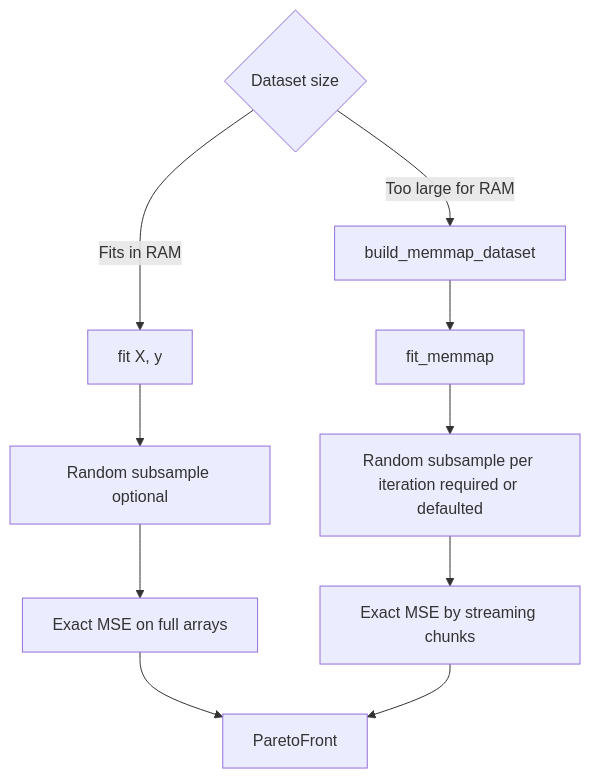
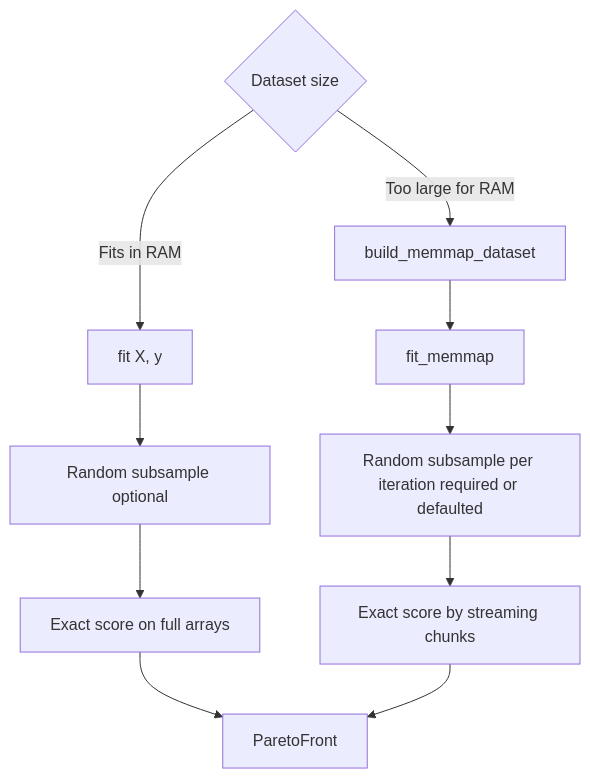
Before and after one commit to kpapmath/nsr-engine: the ninth of 10 diagrams in docs/methodology.md, drawn with Mermaid. The commit also changed other lines of this file and 6 other files, not shown here.

````diff
--- a/docs/methodology.md
+++ b/docs/methodology.md
@@ -254,12 +263,12 @@
 ```mermaid
 flowchart TD
     A{Dataset size} -->|Fits in RAM| B[fit X, y]
     A -->|Too large for RAM| C[build_memmap_dataset]
     C --> D[fit_memmap]
     B --> E[Random subsample optional]
     D --> F[Random subsample per iteration required or defaulted]
-    E --> G[Exact MSE on full arrays]
-    F --> H[Exact MSE by streaming chunks]
+    E --> G[Exact score on full arrays]
+    F --> H[Exact score by streaming chunks]
     G --> I[ParetoFront]
     H --> I
 ```
````
